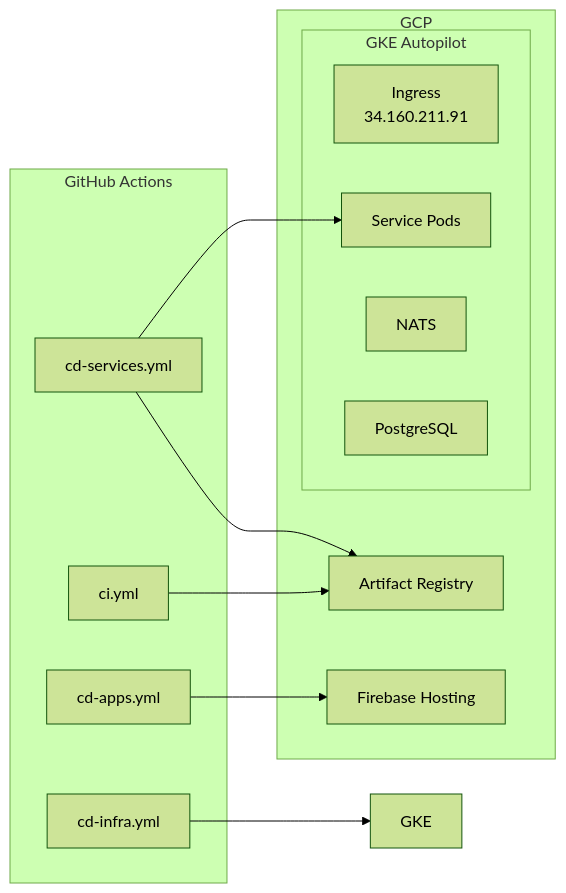
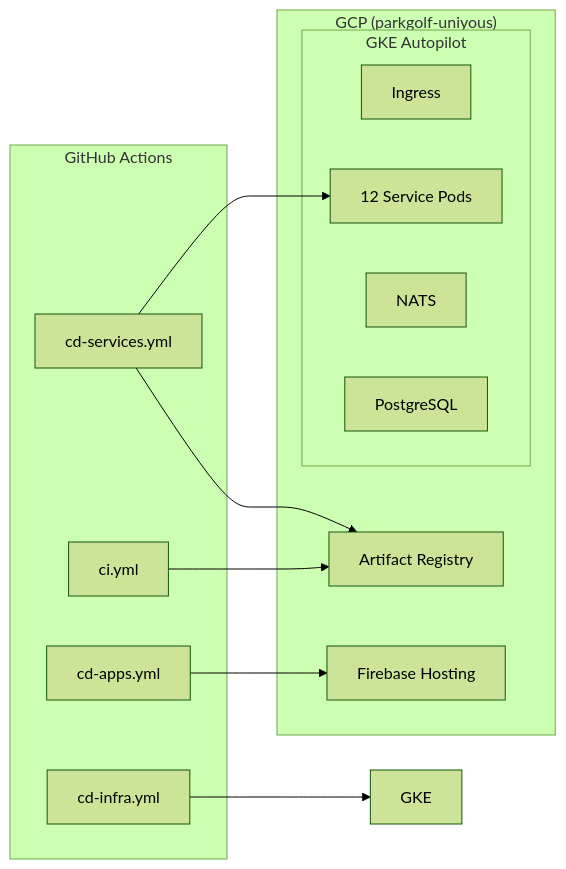
The diagram in docs/CICD_GUIDE.md (uniyous/parkgolf-platform), drawn with Mermaid (forest theme) before and after one commit. The commit also changed other lines of this file and 2 other files, not shown here.

First line of the commit message:
docs: ARCHITECTURE, GCP_INFRASTRUCTURE, CICD_GUIDE 문서 현행화

````diff
--- a/docs/CICD_GUIDE.md
+++ b/docs/CICD_GUIDE.md
@@ -36,26 +36,26 @@
 ```mermaid
 graph LR
     subgraph "GitHub Actions"
         CI[ci.yml]
         INFRA[cd-infra.yml]
         SERVICES[cd-services.yml]
         APPS[cd-apps.yml]
     end
 
-    subgraph "GCP"
+    subgraph "GCP (parkgolf-uniyous)"
         subgraph "GKE Autopilot"
-            ING[Ingress<br/>34.160.211.91]
-            PODS[Service Pods]
+            ING[Ingress]
+            PODS[12 Service Pods]
             NATS[NATS]
             PG[PostgreSQL]
         end
         AR[Artifact Registry]
         FH[Firebase Hosting]
     end
 
     CI --> AR
     INFRA --> GKE
     SERVICES --> AR
     SERVICES --> PODS
     APPS --> FH
 ```
````
